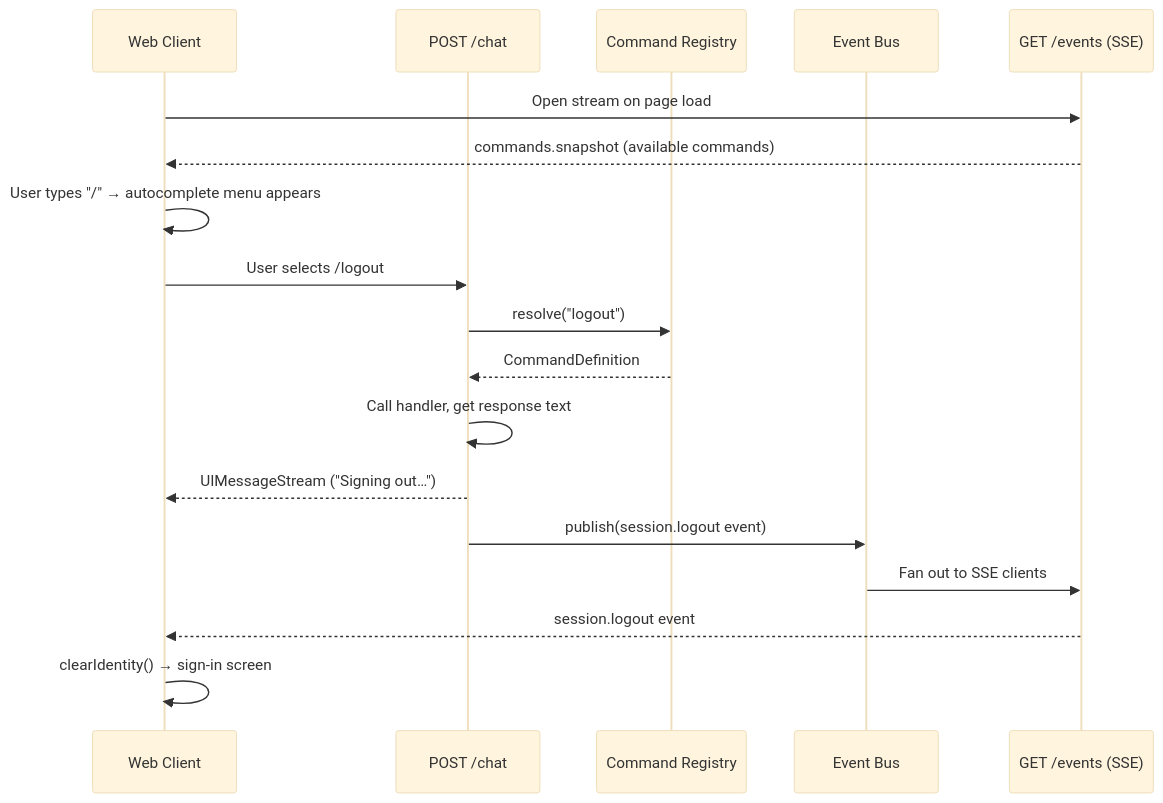
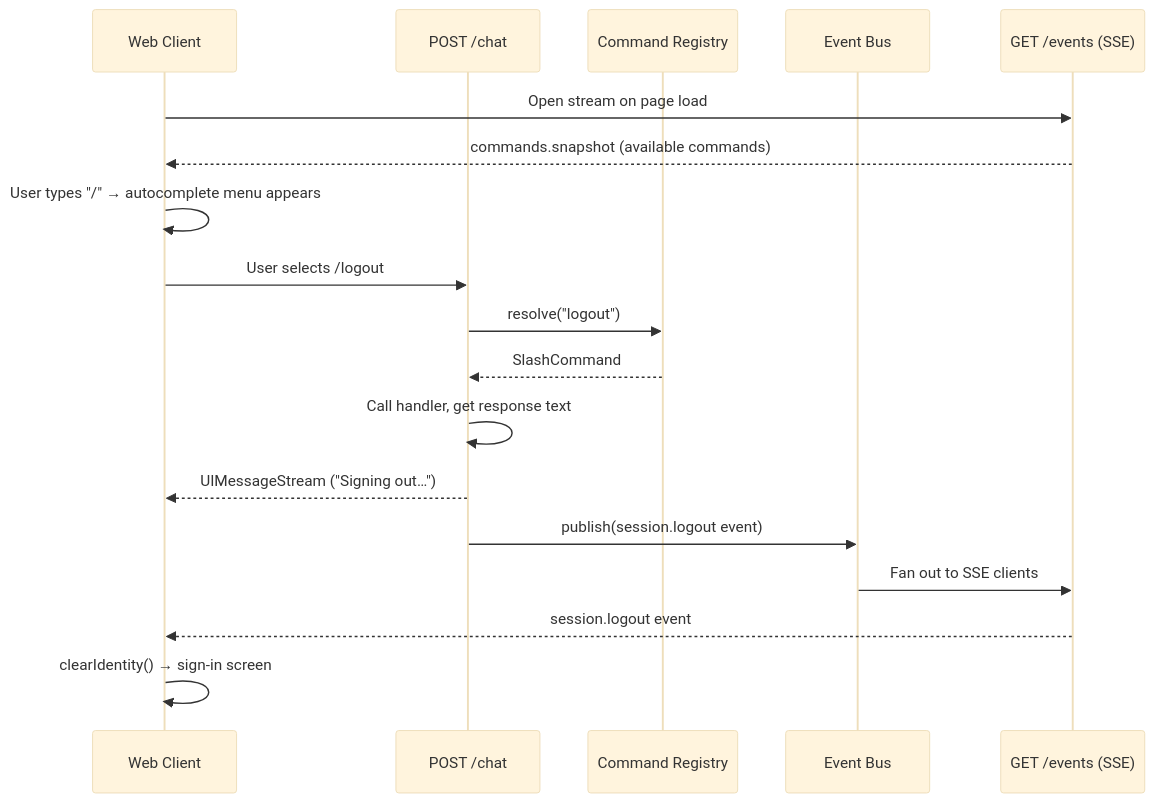
One commit to trq/flowly changed the diagram in docs/slash-commands.md. Above: the diagram before and after it, drawn with Mermaid (base theme). The commit also changed other lines of this file and 23 other files, not shown here.

````diff
--- a/docs/slash-commands.md
+++ b/docs/slash-commands.md
@@ -7,22 +7,22 @@
 ```mermaid
 sequenceDiagram
   participant Web as Web Client
   participant Chat as POST /chat
   participant Registry as Command Registry
   participant Bus as Event Bus
   participant Events as GET /events (SSE)
 
   Web->>Events: Open stream on page load
   Events-->>Web: commands.snapshot (available commands)
 
   Web->>Web: User types "/" → autocomplete menu appears
   Web->>Chat: User selects /logout
   Chat->>Registry: resolve("logout")
-  Registry-->>Chat: CommandDefinition
+  Registry-->>Chat: SlashCommand
   Chat->>Chat: Call handler, get response text
   Chat-->>Web: UIMessageStream ("Signing out…")
   Chat->>Bus: publish(session.logout event)
   Bus->>Events: Fan out to SSE clients
   Events-->>Web: session.logout event
   Web->>Web: clearIdentity() → sign-in screen
 ```
````
